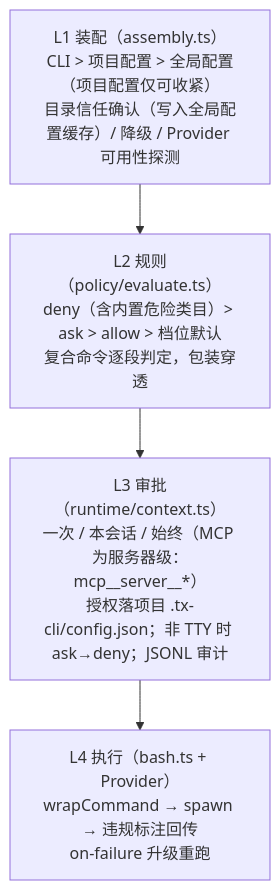
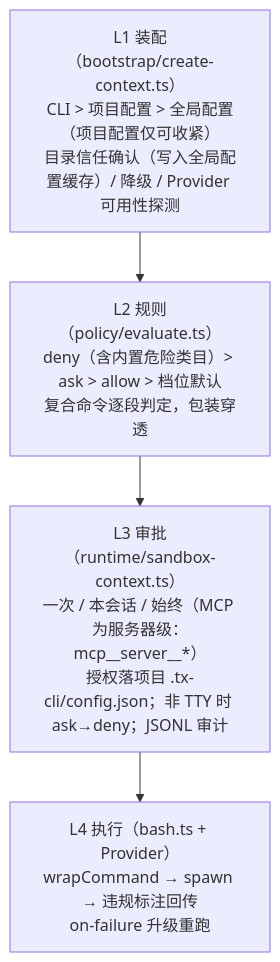
Before and after one commit to tanyueran/tx-cli: the third of 3 diagrams in docs/ARCHITECTURE.md, drawn with Mermaid. The commit also changed other lines of this file and 55 other files, not shown here.

````diff
--- a/docs/ARCHITECTURE.md
+++ b/docs/ARCHITECTURE.md
@@ -289,8 +294,8 @@
 ```mermaid
 flowchart TD
-    L1["L1 装配（assembly.ts）<br/>CLI > 项目配置 > 全局配置（项目配置仅可收紧）<br/>目录信任确认（写入全局配置缓存）/ 降级 / Provider 可用性探测"]
+    L1["L1 装配（bootstrap/create-context.ts）<br/>CLI > 项目配置 > 全局配置（项目配置仅可收紧）<br/>目录信任确认（写入全局配置缓存）/ 降级 / Provider 可用性探测"]
     L2["L2 规则（policy/evaluate.ts）<br/>deny（含内置危险类目）> ask > allow > 档位默认<br/>复合命令逐段判定，包装穿透"]
-    L3["L3 审批（runtime/context.ts）<br/>一次 / 本会话 / 始终（MCP 为服务器级：mcp__server__*）<br/>授权落项目 .tx-cli/config.json；非 TTY 时 ask→deny；JSONL 审计"]
+    L3["L3 审批（runtime/sandbox-context.ts）<br/>一次 / 本会话 / 始终（MCP 为服务器级：mcp__server__*）<br/>授权落项目 .tx-cli/config.json；非 TTY 时 ask→deny；JSONL 审计"]
     L4["L4 执行（bash.ts + Provider）<br/>wrapCommand → spawn → 违规标注回传<br/>on-failure 升级重跑"]
     L1 --> L2 --> L3 --> L4
 ```
````
